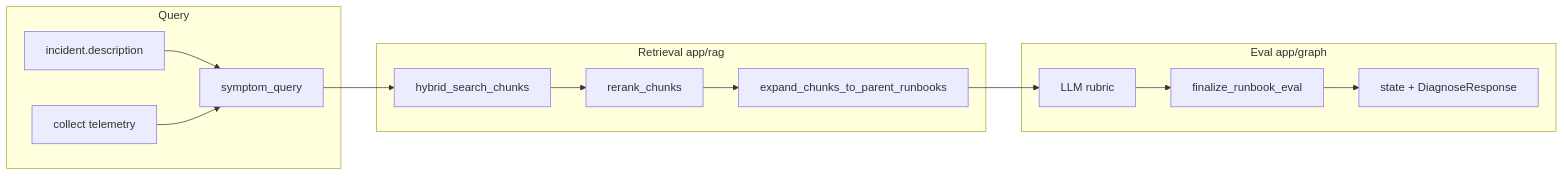
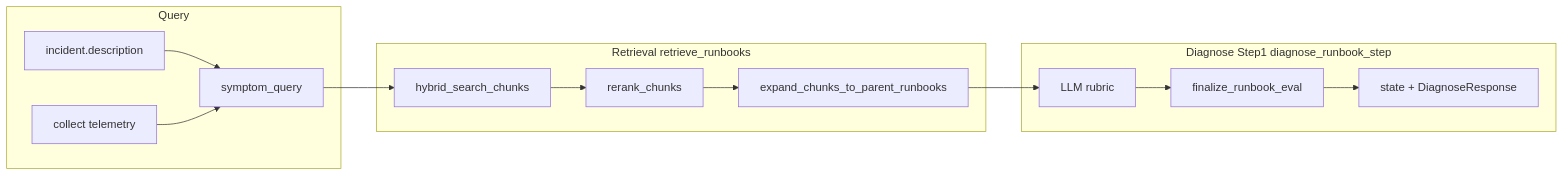
One commit to vogelmyh/ops-agent changed the diagram in ops-agent/docs/rag-architecture-and-tests.md. Above: the diagram before and after it, drawn with Mermaid. The commit also changed other lines of this file and 11 other files, not shown here.

````diff
--- a/ops-agent/docs/rag-architecture-and-tests.md
+++ b/ops-agent/docs/rag-architecture-and-tests.md
@@ -41,24 +52,24 @@
 ```mermaid
 flowchart LR
     subgraph query [Query]
         A[incident.description]
         B[collect telemetry]
         C[symptom_query]
         A --> C
         B --> C
     end
-    subgraph retrieval [Retrieval app/rag]
+    subgraph retrieval [Retrieval retrieve_runbooks]
         D[hybrid_search_chunks]
         E[rerank_chunks]
         F[expand_chunks_to_parent_runbooks]
         D --> E --> F
     end
-    subgraph eval [Eval app/graph]
+    subgraph step1 [Diagnose Step1 diagnose_runbook_step]
         G[LLM rubric]
         H[finalize_runbook_eval]
         I[state + DiagnoseResponse]
         G --> H --> I
     end
     C --> D
     F --> G
 ```
````
